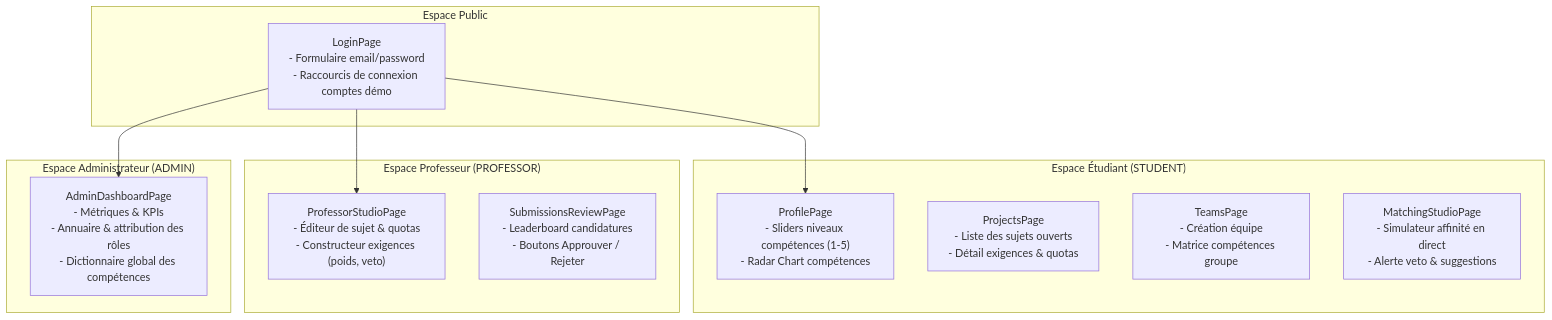
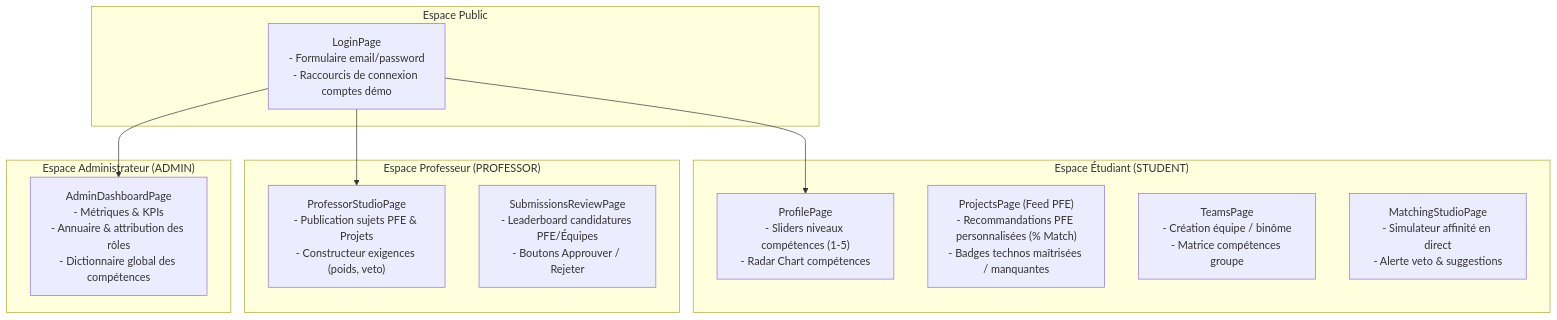
Before and after one commit to Arhrid-Hamza/SmartCollab: the diagram in README.md, drawn with Mermaid. The commit also changed other lines of this file, not shown here.

Commit message:
docs(frontend): add PFE recommendation feed and professor studio UI specifications

````diff
--- a/README.md
+++ b/README.md
@@ -51,26 +51,26 @@
 ```mermaid
 flowchart TD
     subgraph Authentification["Espace Public"]
         Login["LoginPage\n- Formulaire email/password\n- Raccourcis de connexion comptes démo"]
     end
 
     subgraph Espace_Etudiant["Espace Étudiant (STUDENT)"]
         ProfPage["ProfilePage\n- Sliders niveaux compétences (1-5)\n- Radar Chart compétences"]
-        ProjPage["ProjectsPage\n- Liste des sujets ouverts\n- Détail exigences & quotas"]
-        TeamPage["TeamsPage\n- Création équipe\n- Matrice compétences groupe"]
+        ProjPage["ProjectsPage (Feed PFE)\n- Recommandations PFE personnalisées (% Match)\n- Badges technos maîtrisées / manquantes"]
+        TeamPage["TeamsPage\n- Création équipe / binôme\n- Matrice compétences groupe"]
         MatchPage["MatchingStudioPage\n- Simulateur affinité en direct\n- Alerte veto & suggestions"]
     end
 
     subgraph Espace_Professeur["Espace Professeur (PROFESSOR)"]
-        ProfStudio["ProfessorStudioPage\n- Éditeur de sujet & quotas\n- Constructeur exigences (poids, veto)"]
-        SubReview["SubmissionsReviewPage\n- Leaderboard candidatures\n- Boutons Approuver / Rejeter"]
+        ProfStudio["ProfessorStudioPage\n- Publication sujets PFE & Projets\n- Constructeur exigences (poids, veto)"]
+        SubReview["SubmissionsReviewPage\n- Leaderboard candidatures PFE/Équipes\n- Boutons Approuver / Rejeter"]
     end
 
     subgraph Espace_Admin["Espace Administrateur (ADMIN)"]
         AdminDash["AdminDashboardPage\n- Métriques & KPIs\n- Annuaire & attribution des rôles\n- Dictionnaire global des compétences"]
     end
 
     Login --> ProfPage
     Login --> ProfStudio
     Login --> AdminDash
 ```
````
